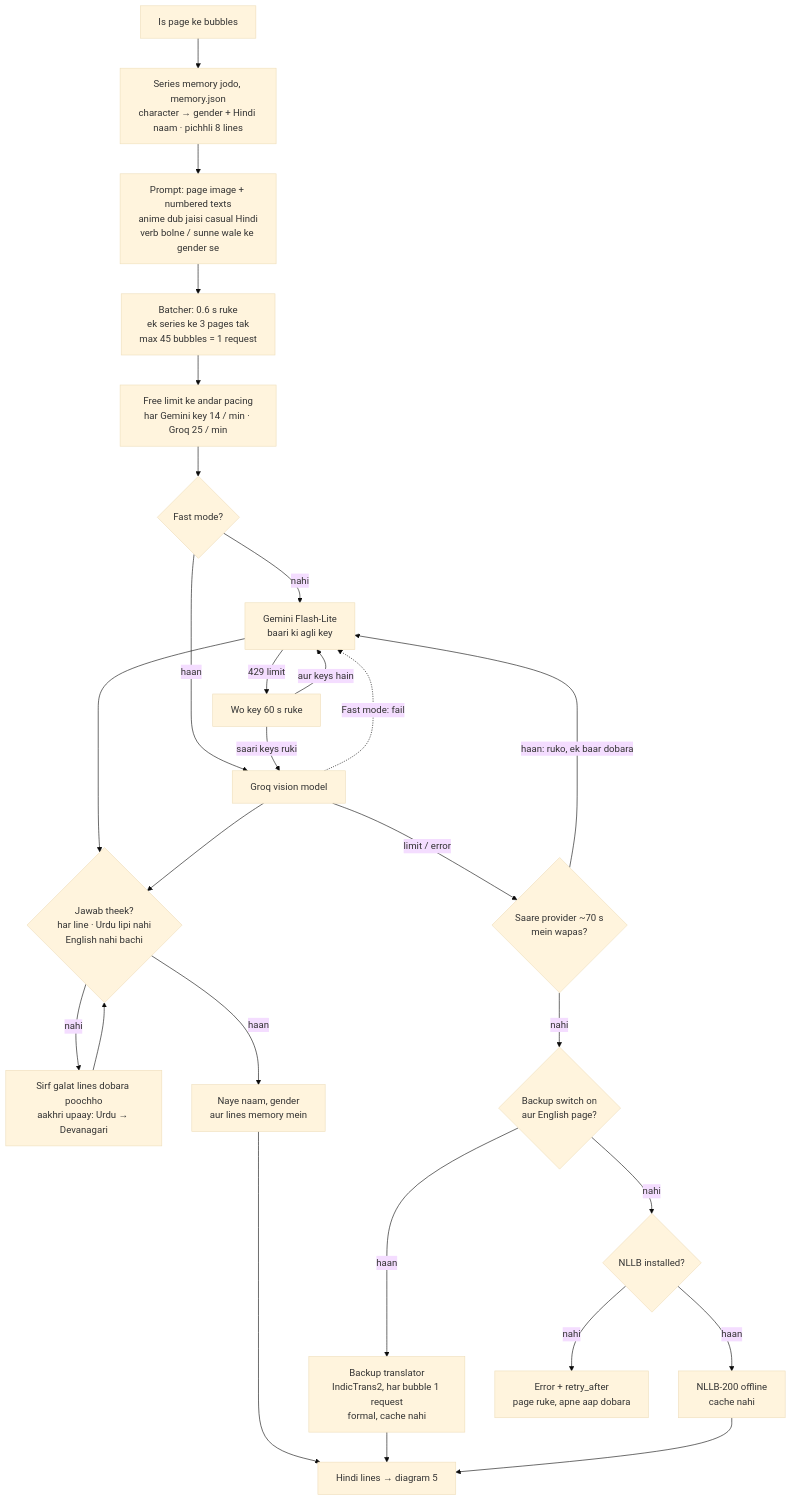
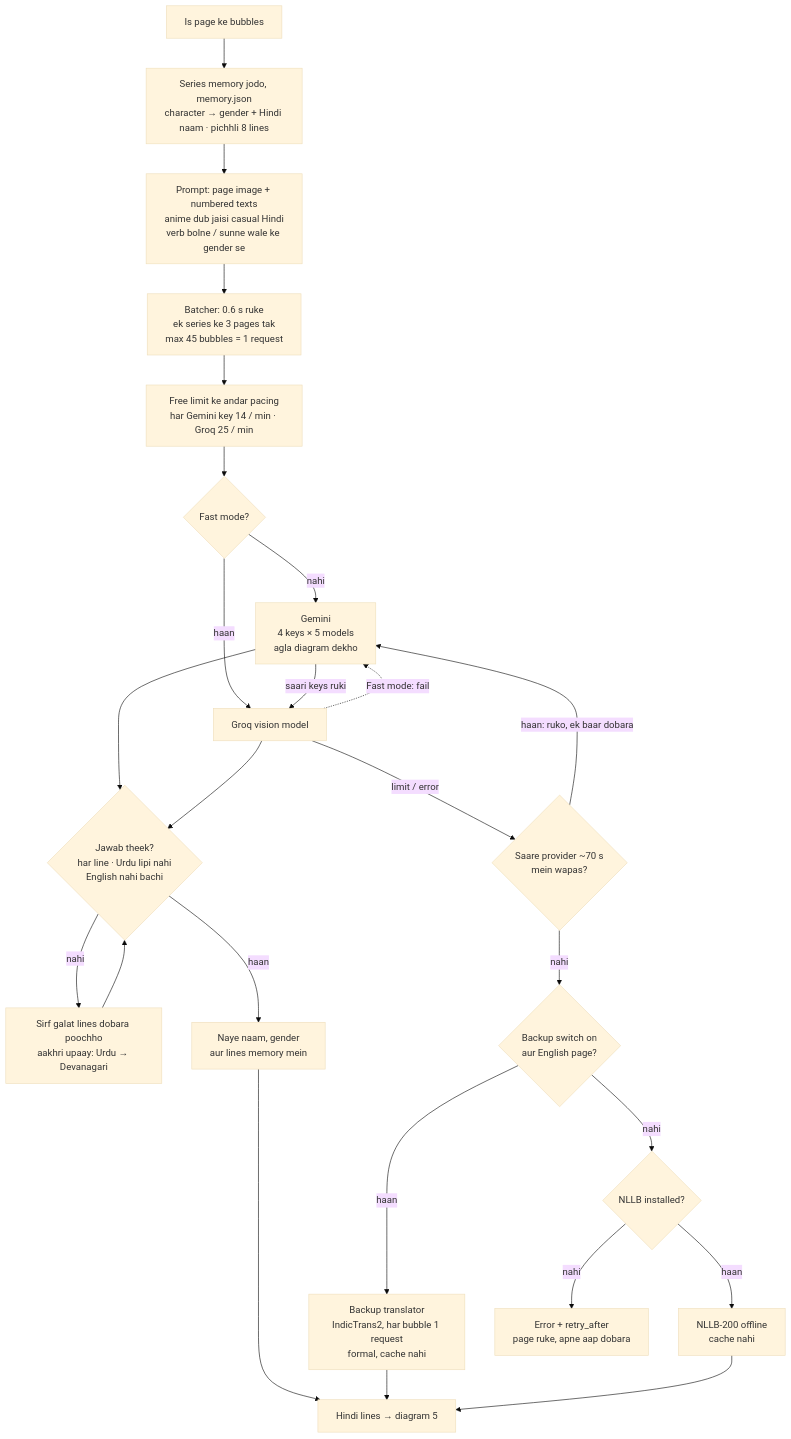
The fourth of 6 diagrams in README.hinglish.md (jitendra205saini/Manga-Translator), drawn with Mermaid (base theme) before and after one commit. The commit also changed other lines of this file and 2 other files, not shown here.

Commit message:
docs: Gemini keys aur models kaise badalte hain, naya flowchart

````diff
--- a/README.hinglish.md
+++ b/README.hinglish.md
@@ -188,28 +188,26 @@
 ```mermaid
 flowchart TD
     G["Is page ke bubbles"] --> M["Series memory jodo, memory.json<br/>character → gender + Hindi naam · pichhli 8 lines"]
     M --> P["Prompt: page image + numbered texts<br/>anime dub jaisi casual Hindi<br/>verb bolne / sunne wale ke gender se"]
     P --> BQ["Batcher: 0.6 s ruke<br/>ek series ke 3 pages tak<br/>max 45 bubbles = 1 request"]
     BQ --> PC["Free limit ke andar pacing<br/>har Gemini key 14 / min · Groq 25 / min"]
     PC --> FM{"Fast mode?"}
-    FM -->|"nahi"| GM["Gemini Flash-Lite<br/>baari ki agli key"]
+    FM -->|"nahi"| GM["Gemini<br/>4 keys × 5 models<br/>agla diagram dekho"]
     FM -->|"haan"| GQ["Groq vision model"]
-    GM -->|"429 limit"| KR["Wo key 60 s ruke"]
-    KR -->|"aur keys hain"| GM
-    KR -->|"saari keys ruki"| GQ
+    GM -->|"saari keys ruki"| GQ
     GQ -.->|"Fast mode: fail"| GM
     GM --> CK{"Jawab theek?<br/>har line · Urdu lipi nahi<br/>English nahi bachi"}
     GQ --> CK
     CK -->|"nahi"| RA["Sirf galat lines dobara poochho<br/>aakhri upaay: Urdu → Devanagari"]
     RA --> CK
     CK -->|"haan"| MW["Naye naam, gender<br/>aur lines memory mein"]
     MW --> OK["Hindi lines → diagram 5"]
     GQ -->|"limit / error"| WT{"Saare provider ~70 s<br/>mein wapas?"}
     WT -->|"haan: ruko, ek baar dobara"| GM
     WT -->|"nahi"| BK{"Backup switch on<br/>aur English page?"}
     BK -->|"haan"| BT["Backup translator<br/>IndicTrans2, har bubble 1 request<br/>formal, cache nahi"]
     BT --> OK
     BK -->|"nahi"| NL{"NLLB installed?"}
     NL -->|"haan"| NN["NLLB-200 offline<br/>cache nahi"] --> OK
     NL -->|"nahi"| RT["Error + retry_after<br/>page ruke, apne aap dobara"]
 ```
````
